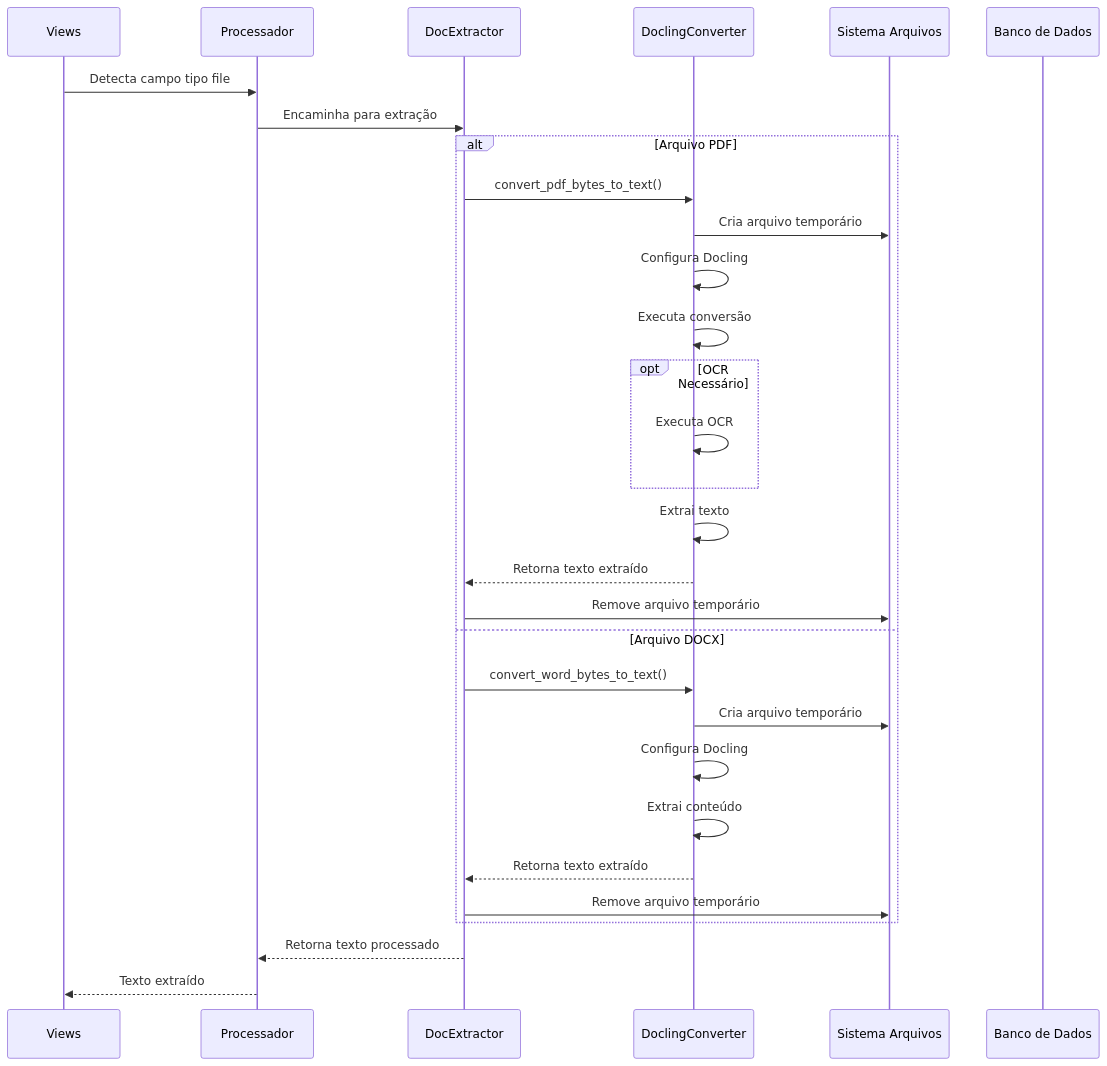
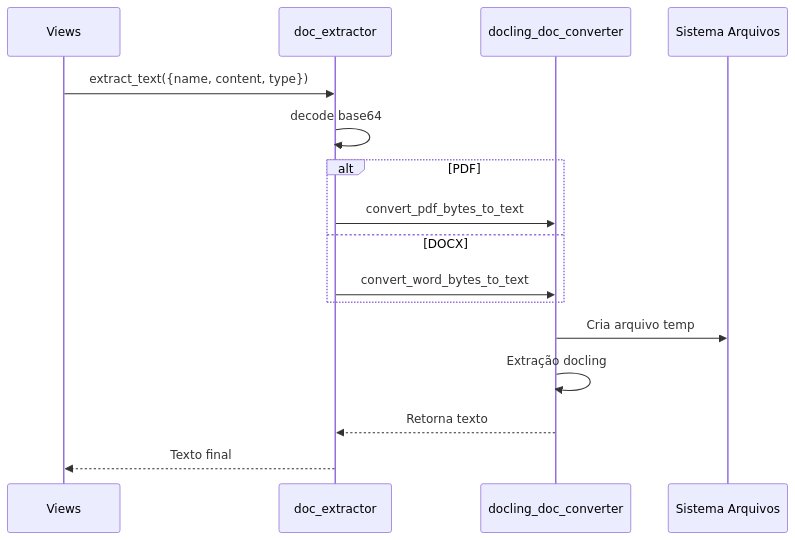
One commit to diegogrosmann/EnsinaNet.AI changed diagram 16 of 33 in README.md. Above: the diagram before and after it, drawn with Mermaid. The commit also changed other lines of this file and 52 other files, not shown here.

````diff
--- a/README.md
+++ b/README.md
@@ -983,35 +882,19 @@
 ```mermaid
 sequenceDiagram
     participant V as Views
-    participant P as Processador
-    participant DE as DocExtractor
-    participant DC as DoclingConverter
+    participant D as doc_extractor
+    participant DC as docling_doc_converter
     participant FS as Sistema Arquivos
-    participant DB as Banco de Dados
 
-    V->>P: Detecta campo tipo file
-    P->>DE: Encaminha para extração
-    
-    alt Arquivo PDF
-        DE->>DC: convert_pdf_bytes_to_text()
-        DC->>FS: Cria arquivo temporário
-        DC->>DC: Configura Docling
-        DC->>DC: Executa conversão
-        opt OCR Necessário
-            DC->>DC: Executa OCR
-        end
-        DC->>DC: Extrai texto
-        DC-->>DE: Retorna texto extraído
-        DE->>FS: Remove arquivo temporário
-    else Arquivo DOCX
-        DE->>DC: convert_word_bytes_to_text()
-        DC->>FS: Cria arquivo temporário
-        DC->>DC: Configura Docling
-        DC->>DC: Extrai conteúdo
-        DC-->>DE: Retorna texto extraído
-        DE->>FS: Remove arquivo temporário
+    V->>D: extract_text({name, content, type})
+    D->>D: decode base64
+    alt PDF
+        D->>DC: convert_pdf_bytes_to_text
+    else DOCX
+        D->>DC: convert_word_bytes_to_text
     end
-    
-    DE-->>P: Retorna texto processado
-    P-->>V: Texto extraído
+    DC->>FS: Cria arquivo temp
+    DC->>DC: Extração docling
+    DC-->>D: Retorna texto
+    D-->>V: Texto final
 ```
````
